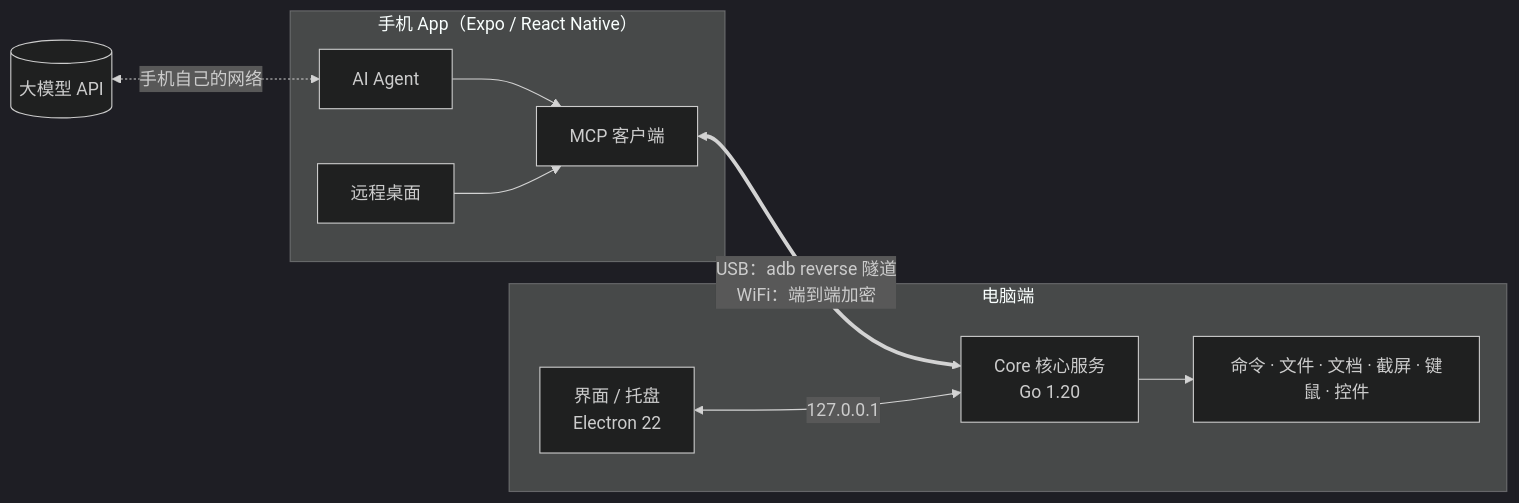
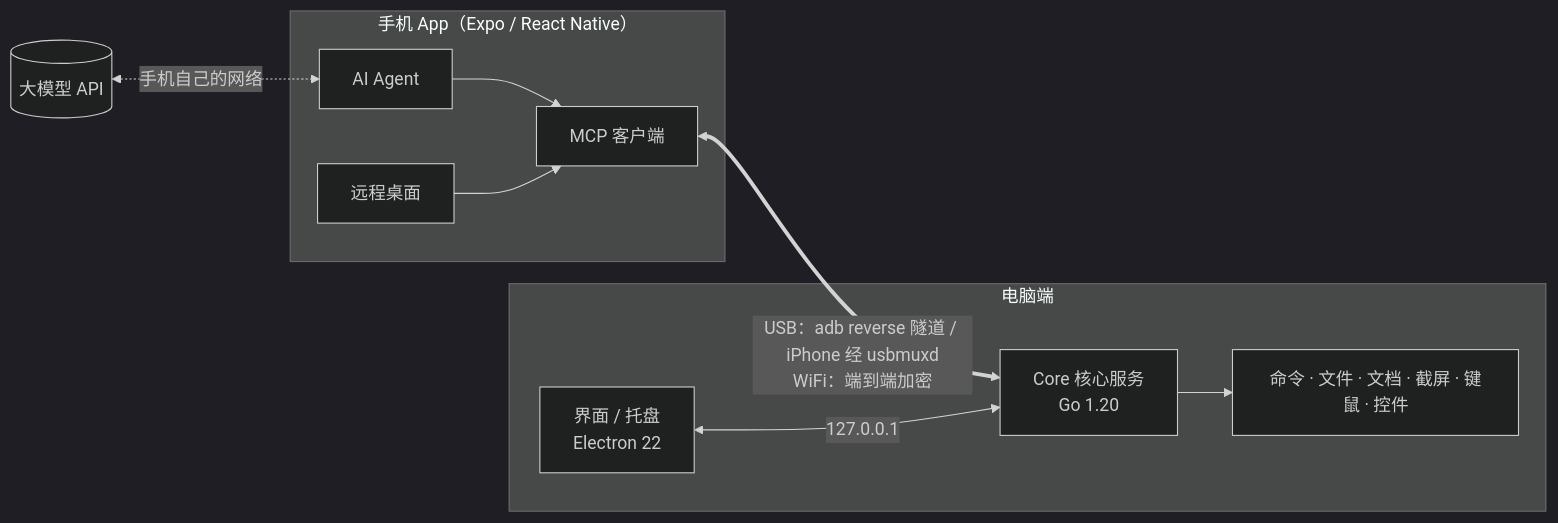
One commit to chxcodepro/PhoneToDesktopTools changed the diagram in README.md. Above: the diagram before and after it, drawn with Mermaid (dark theme). The commit also changed other lines of this file and 117 other files, not shown here.

````diff
--- a/README.md
+++ b/README.md
@@ -81,13 +86,13 @@
 ```mermaid
 flowchart LR
   subgraph Phone["手机 App（Expo / React Native）"]
     Agent["AI Agent"] --> Client["MCP 客户端"]
     Remote["远程桌面"] --> Client
   end
   LLM[("大模型 API")] <-. 手机自己的网络 .-> Agent
-  Client <== "USB：adb reverse 隧道<br/>WiFi：端到端加密" ==> Core
+  Client <== "USB：adb reverse 隧道 / iPhone 经 usbmuxd<br/>WiFi：端到端加密" ==> Core
   subgraph PC["电脑端"]
     GUI["界面 / 托盘<br/>Electron 22"] <-- 127.0.0.1 --> Core["Core 核心服务<br/>Go 1.20"]
     Core --> Tools["命令 · 文件 · 文档 · 截屏 · 键鼠 · 控件"]
   end
 ```
````
